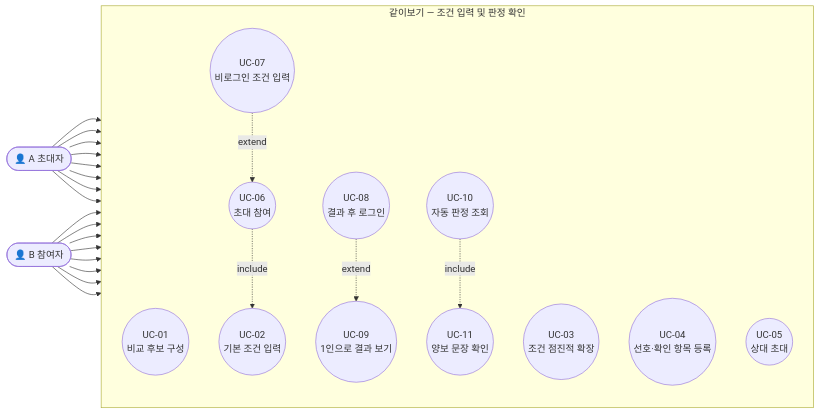
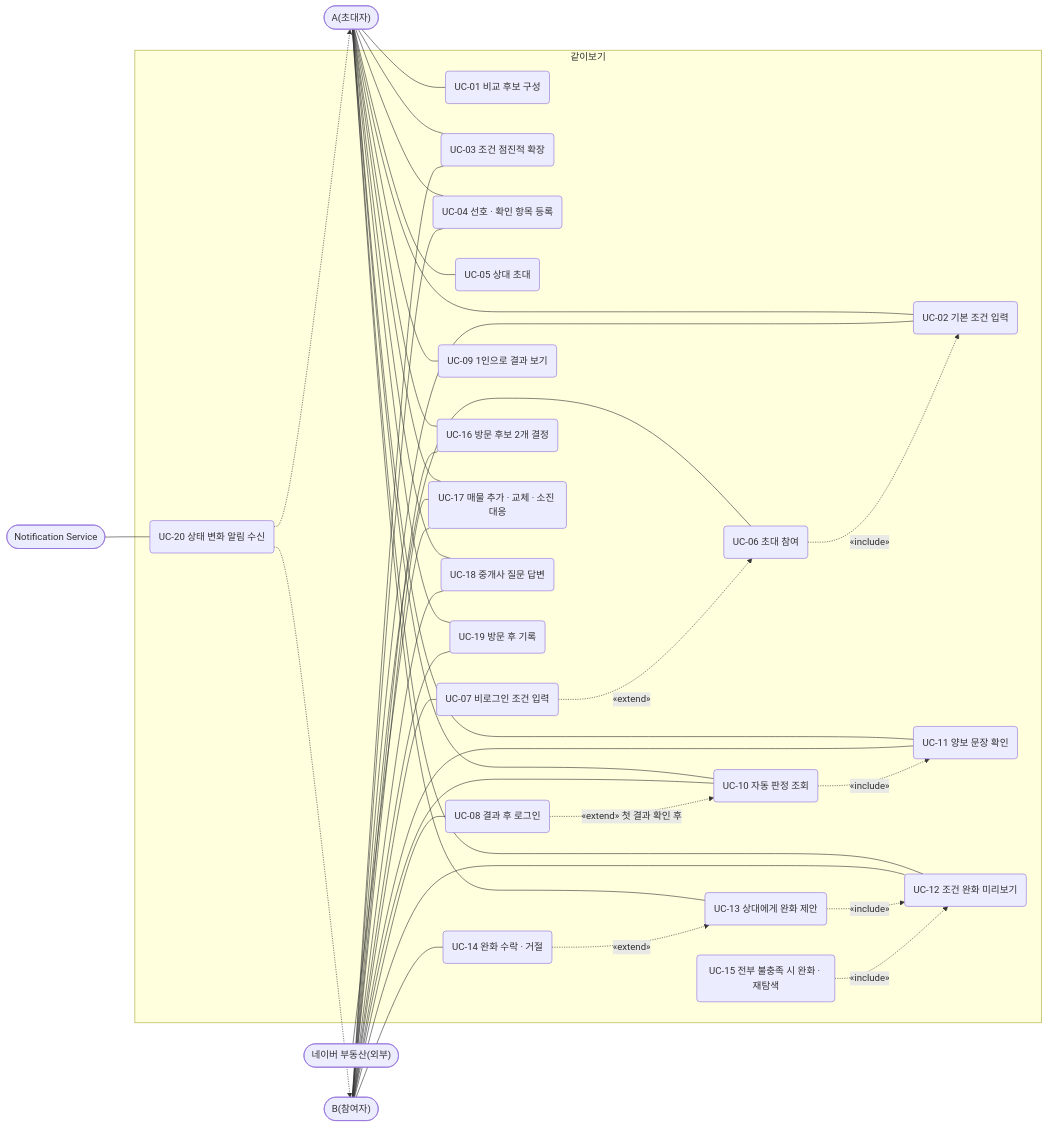
One commit to soobworks/SRS_project changed the third of 23 diagrams in SRS_project/같이보기-technical-design-v1_0.md. Above: the diagram before and after it, drawn with Mermaid. The commit also changed other lines of this file and 1 other file, not shown here.

````diff
--- a/SRS_project/같이보기-technical-design-v1_0.md
+++ b/SRS_project/같이보기-technical-design-v1_0.md
@@ -47,28 +148,45 @@
 ```mermaid
 flowchart LR
-    actorA(["👤 A 초대자"])
-    actorB(["👤 B 참여자"])
+    actorA(["A(초대자)"])
+    actorB(["B(참여자)"])
+    sysNaver(["네이버 부동산(외부)"])
+    sysNotif(["Notification Service"])
 
-    subgraph UC1["같이보기 — 조건 입력 및 판정 확인"]
-        direction TB
-        uc01((UC-01<br/>비교 후보 구성))
-        uc02((UC-02<br/>기본 조건 입력))
-        uc03((UC-03<br/>조건 점진적 확장))
-        uc04((UC-04<br/>선호·확인 항목 등록))
-        uc05((UC-05<br/>상대 초대))
-        uc06((UC-06<br/>초대 참여))
-        uc07((UC-07<br/>비로그인 조건 입력))
-        uc08((UC-08<br/>결과 후 로그인))
-        uc09((UC-09<br/>1인으로 결과 보기))
-        uc10((UC-10<br/>자동 판정 조회))
-        uc11((UC-11<br/>양보 문장 확인))
+    subgraph SYS["같이보기"]
+        uc01("UC-01 비교 후보 구성")
+        uc02("UC-02 기본 조건 입력")
+        uc03("UC-03 조건 점진적 확장")
+        uc04("UC-04 선호 · 확인 항목 등록")
+        uc05("UC-05 상대 초대")
+        uc06("UC-06 초대 참여")
+        uc07("UC-07 비로그인 조건 입력")
+        uc08("UC-08 결과 후 로그인")
+        uc09("UC-09 1인으로 결과 보기")
+        uc10("UC-10 자동 판정 조회")
+        uc11("UC-11 양보 문장 확인")
+        uc12("UC-12 조건 완화 미리보기")
+        uc13("UC-13 상대에게 완화 제안")
+        uc14("UC-14 완화 수락 · 거절")
+        uc15("UC-15 전부 불충족 시 완화 · 재탐색")
+        uc16("UC-16 방문 후보 2개 결정")
+        uc17("UC-17 매물 추가 · 교체 · 소진 대응")
+        uc18("UC-18 중개사 질문 답변")
+        uc19("UC-19 방문 후 기록")
+        uc20("UC-20 상태 변화 알림 수신")
     end
 
-    actorA --> uc01 & uc02 & uc03 & uc04 & uc05 & uc09 & uc10 & uc11
-    actorB --> uc06 & uc02 & uc03 & uc04 & uc07 & uc08 & uc10 & uc11
+    actorA --- uc01 & uc02 & uc03 & uc04 & uc05 & uc09 & uc10 & uc11 & uc12 & uc13 & uc16 & uc17 & uc18 & uc19
+    actorB --- uc02 & uc03 & uc04 & uc06 & uc07 & uc08 & uc10 & uc11 & uc12 & uc14 & uc16 & uc17 & uc18 & uc19
+    sysNaver --- uc17
+    sysNotif --- uc20
+    uc20 -.-> actorA
+    uc20 -.-> actorB
 
-    uc06 -. include .-> uc02
-    uc07 -. extend .-> uc06
-    uc08 -. extend .-> uc09
-    uc10 -. include .-> uc11
+    uc06 -.->|"«include»"| uc02
+    uc07 -.->|"«extend»"| uc06
+    uc08 -.->|"«extend» 첫 결과 확인 후"| uc10
+    uc10 -.->|"«include»"| uc11
+    uc13 -.->|"«include»"| uc12
+    uc14 -.->|"«extend»"| uc13
+    uc15 -.->|"«include»"| uc12
 ```
````
